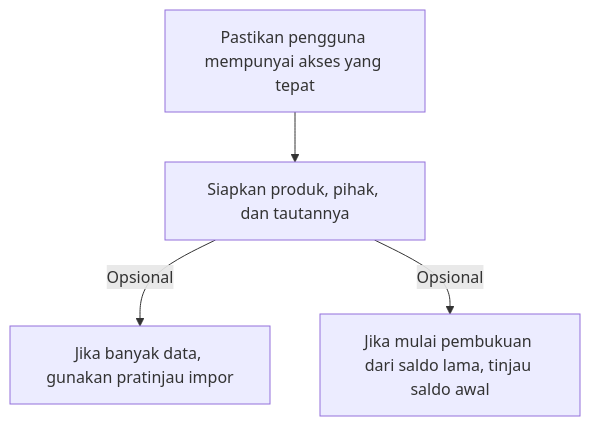
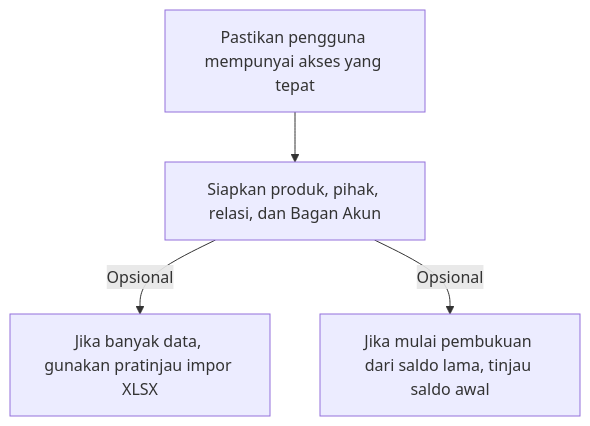
The ninth of 10 diagrams in docx/DIAGRAM.md (Bagas10k/kasir-bangunan), drawn with Mermaid before and after one commit. The commit also changed other lines of this file and 52 other files, not shown here.

````diff
--- a/docx/DIAGRAM.md
+++ b/docx/DIAGRAM.md
@@ -206,10 +231,10 @@
 ```mermaid
 flowchart TD
     n0["Pastikan pengguna mempunyai akses yang tepat"]
-    n1["Siapkan produk, pihak, dan tautannya"]
-    n2["Jika banyak data, gunakan pratinjau impor"]
+    n1["Siapkan produk, pihak, relasi, dan Bagan Akun"]
+    n2["Jika banyak data, gunakan pratinjau impor XLSX"]
     n3["Jika mulai pembukuan dari saldo lama, tinjau saldo awal"]
     n0 --> n1
     n1 -->|"Opsional"| n2
     n1 -->|"Opsional"| n3
 ```
````
